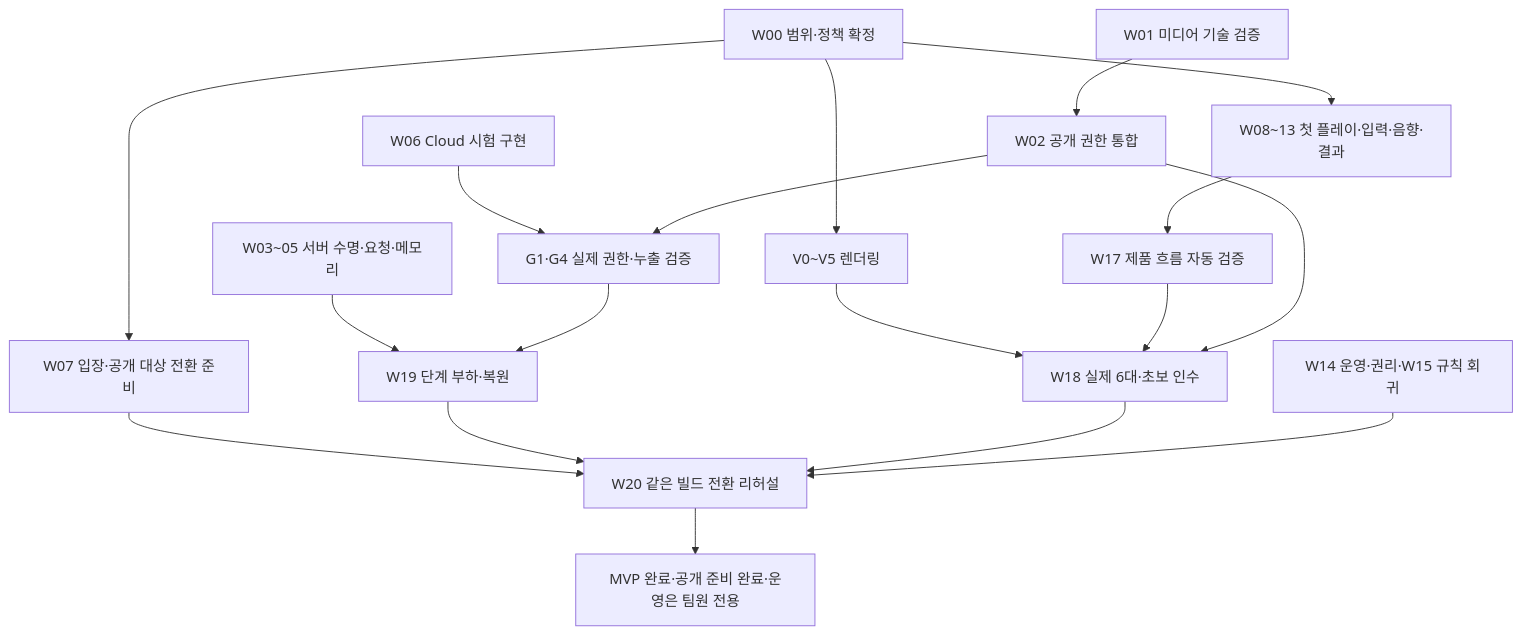
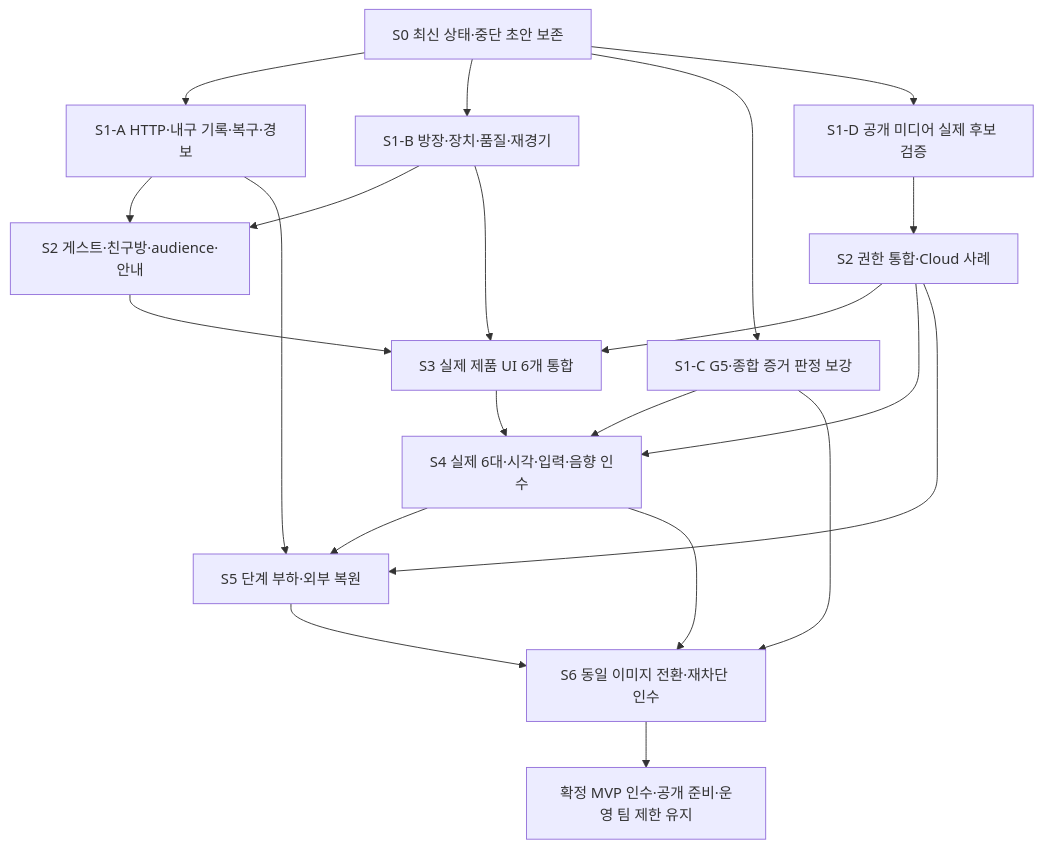
Before and after one commit to violetcha/kkakkung: the diagram in docs/mvp-completion-plan.md, drawn with Mermaid. The commit also changed other lines of this file and 33 other files, not shown here.

````diff
--- a/docs/mvp-completion-plan.md
+++ b/docs/mvp-completion-plan.md
@@ -119,20 +118,23 @@
 ```mermaid
 flowchart TD
-  A[W00 범위·정책 확정] --> B[W07 입장·공개 대상 전환 준비]
-  A --> C[W08~13 첫 플레이·입력·음향·결과]
-  A --> D[V0~V5 렌더링]
-  E[W01 미디어 기술 검증] --> F[W02 공개 권한 통합]
-  G[W03~05 서버 수명·요청·메모리] --> H[W19 단계 부하·복원]
-  I[W06 Cloud 시험 구현] --> J[G1·G4 실제 권한·누출 검증]
-  F --> J
-  J --> H
-  C --> K[W17 제품 흐름 자동 검증]
-  D --> L[W18 실제 6대·초보 인수]
-  K --> L
-  F --> L
-  B --> M[W20 같은 빌드 전환 리허설]
-  H --> M
-  L --> M
-  N[W14 운영·권리·W15 규칙 회귀] --> M
-  M --> O[MVP 완료·공개 준비 완료·운영은 팀원 전용]
+  S0[S0 최신 상태·중단 초안 보존] --> A[S1-A HTTP·내구 기록·복구·경보]
+  S0 --> B[S1-B 방장·장치·품질·재경기]
+  S0 --> C[S1-C G5·종합 증거 판정 보강]
+  S0 --> D[S1-D 공개 미디어 실제 후보 검증]
+  D --> E[S2 권한 통합·Cloud 사례]
+  A --> F[S2 게스트·친구방·audience·안내]
+  B --> F
+  E --> G[S3 실제 제품 UI 6개 통합]
+  F --> G
+  B --> G
+  C --> H[S4 실제 6대·시각·입력·음향 인수]
+  G --> H
+  E --> H
+  A --> I[S5 단계 부하·외부 복원]
+  E --> I
+  H --> I
+  H --> J[S6 동일 이미지 전환·재차단 인수]
+  I --> J
+  C --> J
+  J --> K[확정 MVP 인수·공개 준비·운영 팀 제한 유지]
 ```
````
